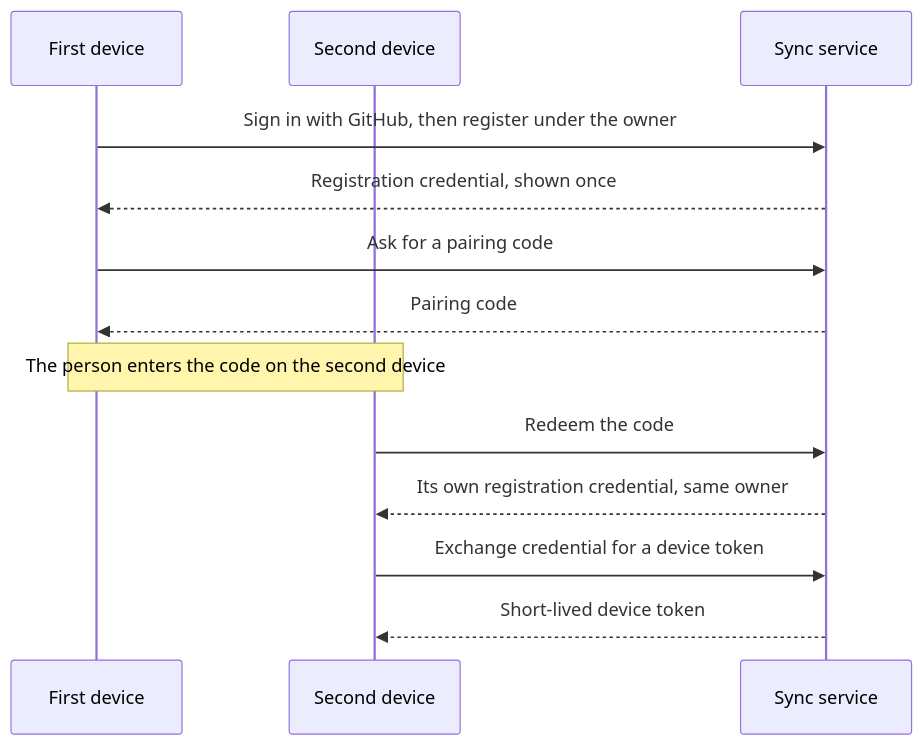
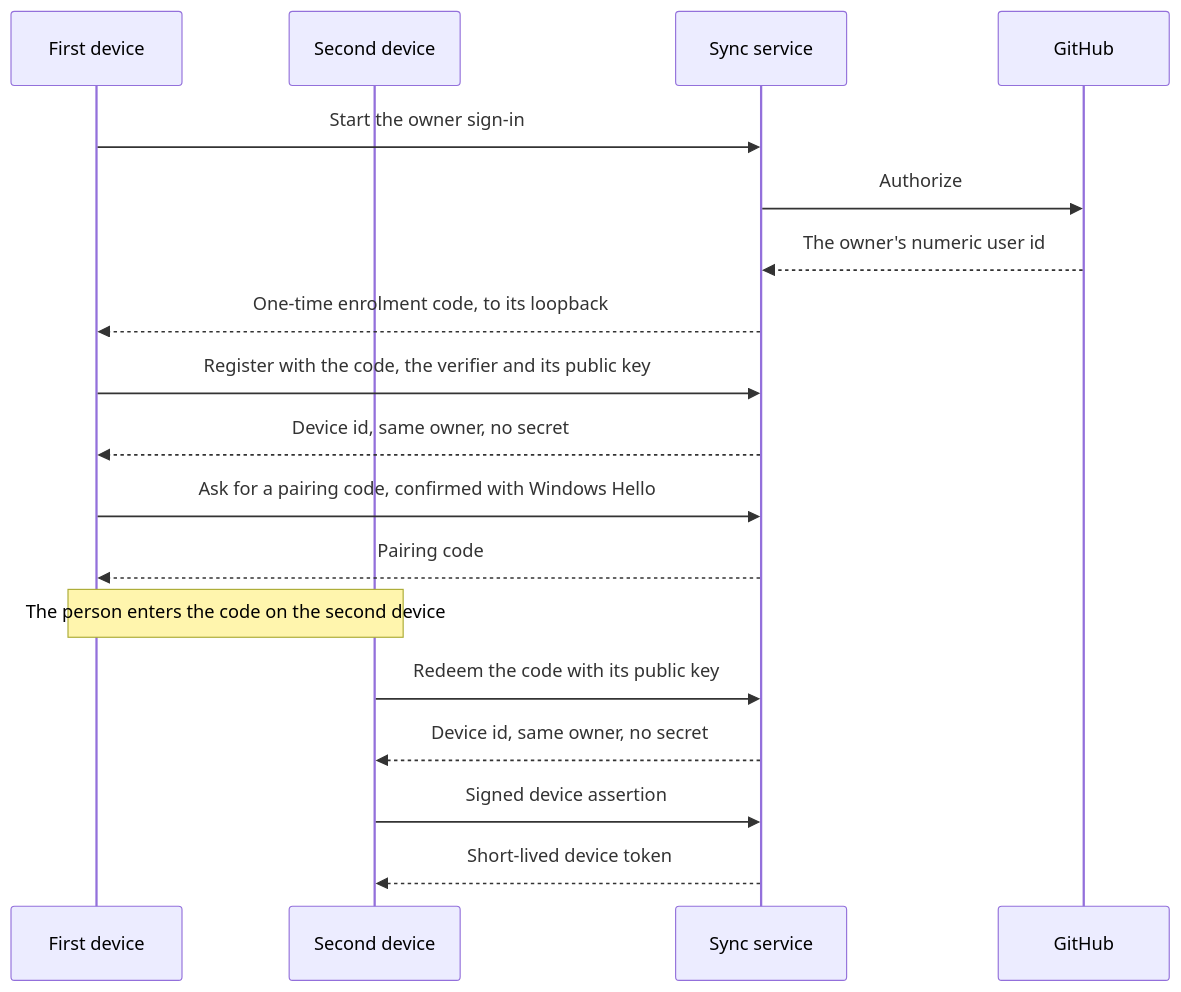
One commit to JSdotNet/Backlog changed the diagram in .devbook/domain/sync/features.md. Above: the diagram before and after it, drawn with Mermaid. The commit also changed other lines of this file and 15 other files, not shown here.

First line of the commit message:
docs(devbook): device keys replace the registration credential; ADR 0041 accepted

````diff
--- a/.devbook/domain/sync/features.md
+++ b/.devbook/domain/sync/features.md
@@ -15,15 +15,20 @@
 ```mermaid
 sequenceDiagram
     participant First as First device
     participant Second as Second device
     participant Sync as Sync service
-    First->>Sync: Sign in with GitHub, then register under the owner
-    Sync-->>First: Registration credential, shown once
-    First->>Sync: Ask for a pairing code
+    participant GitHub
+    First->>Sync: Start the owner sign-in
+    Sync->>GitHub: Authorize
+    GitHub-->>Sync: The owner's numeric user id
+    Sync-->>First: One-time enrolment code, to its loopback
+    First->>Sync: Register with the code, the verifier and its public key
+    Sync-->>First: Device id, same owner, no secret
+    First->>Sync: Ask for a pairing code, confirmed with Windows Hello
     Sync-->>First: Pairing code
     Note over First,Second: The person enters the code on the second device
-    Second->>Sync: Redeem the code
-    Sync-->>Second: Its own registration credential, same owner
-    Second->>Sync: Exchange credential for a device token
+    Second->>Sync: Redeem the code with its public key
+    Sync-->>Second: Device id, same owner, no secret
+    Second->>Sync: Signed device assertion
     Sync-->>Second: Short-lived device token
 ```
````
